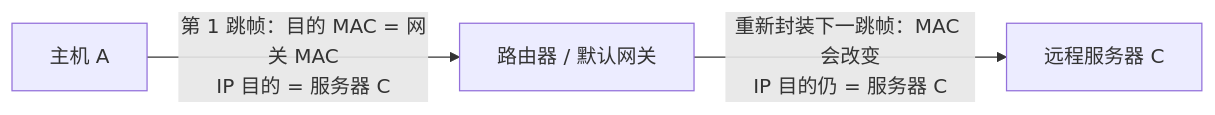
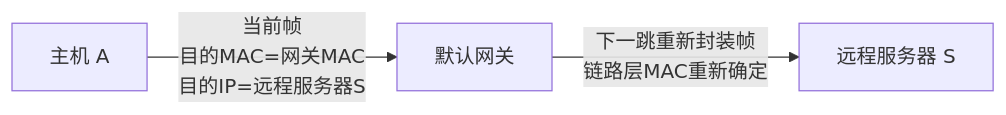
One commit to 74262195/system-architect-notes changed the second of 2 diagrams in 01_综合知识/01_计算机系统基础知识/03_计算机网络/05_IP网络与路由/01_IP控制与邻居发现/ARP地址解析.md. Above: the diagram before and after it, drawn with Mermaid. The commit also changed other lines of this file, not shown here.

````diff
--- a/01_综合知识/01_计算机系统基础知识/03_计算机网络/05_IP网络与路由/01_IP控制与邻居发现/ARP地址解析.md
+++ b/01_综合知识/01_计算机系统基础知识/03_计算机网络/05_IP网络与路由/01_IP控制与邻居发现/ARP地址解析.md
@@ -64,5 +132,5 @@
 ```mermaid
 flowchart LR
-  A["主机 A"] -->|"第 1 跳帧：目的 MAC = 网关 MAC<br/>IP 目的 = 服务器 C"| R["路由器 / 默认网关"]
-  R -->|"重新封装下一跳帧：MAC 会改变<br/>IP 目的仍 = 服务器 C"| C["远程服务器 C"]
+    A[主机 A] -->|当前帧<br/>目的MAC=网关MAC<br/>目的IP=远程服务器S| R[默认网关]
+    R -->|下一跳重新封装帧<br/>链路层MAC重新确定| S[远程服务器 S]
 ```
````
